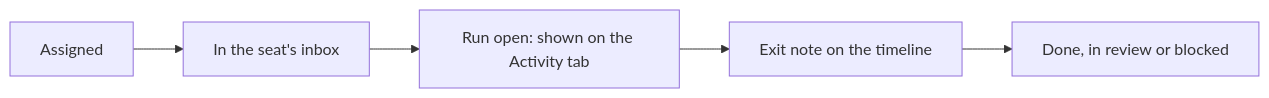
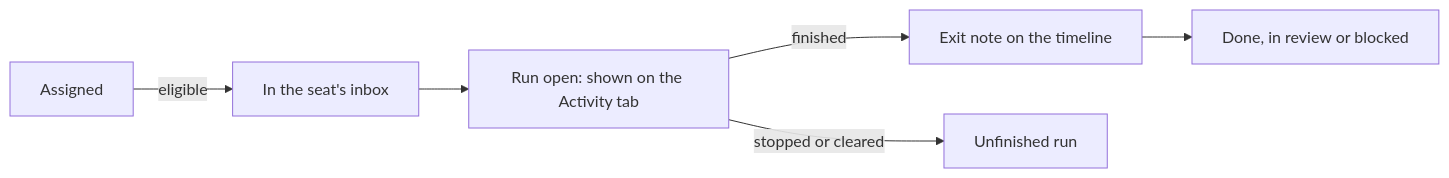
One commit to Art-of-Technology/collab changed the diagram in content/docs/agents/give-a-seat-work.md. Above: the diagram before and after it, drawn with Mermaid. The commit also changed other lines of this file and 1 other file, not shown here.

Commit message:
no-mistakes(review): Correct seat inbox and run documentation

````diff
--- a/content/docs/agents/give-a-seat-work.md
+++ b/content/docs/agents/give-a-seat-work.md
@@ -14,7 +14,8 @@
 ```mermaid
 flowchart LR
-  A[Assigned] --> B[In the seat's inbox]
+  A[Assigned] -- eligible --> B[In the seat's inbox]
   B --> C[Run open: shown on the Activity tab]
-  C --> D[Exit note on the timeline]
+  C -- finished --> D[Exit note on the timeline]
+  C -- stopped or cleared --> F[Unfinished run]
   D --> E[Done, in review or blocked]
 ```
````
